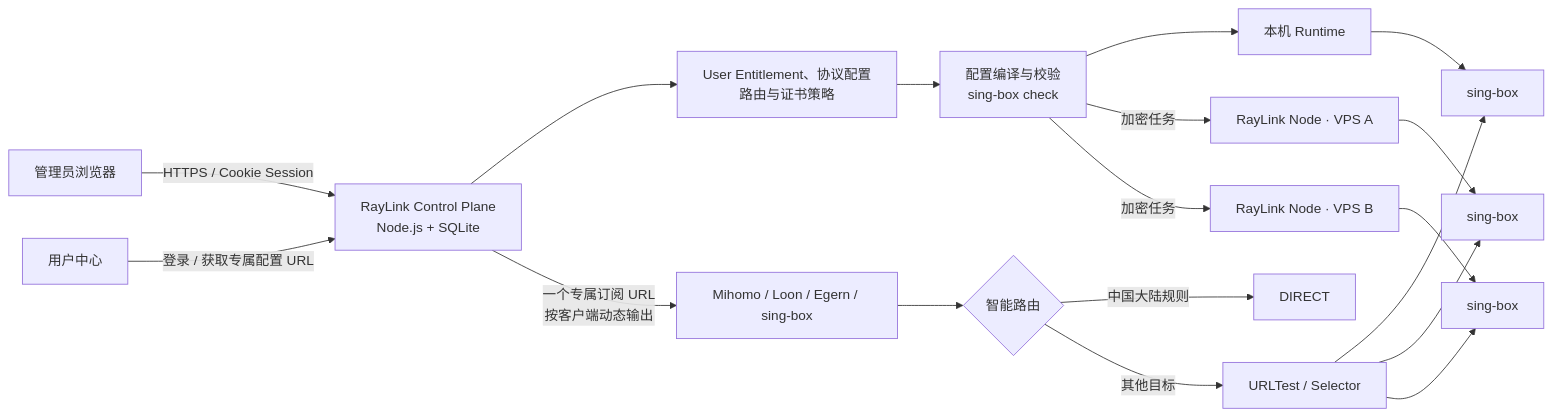
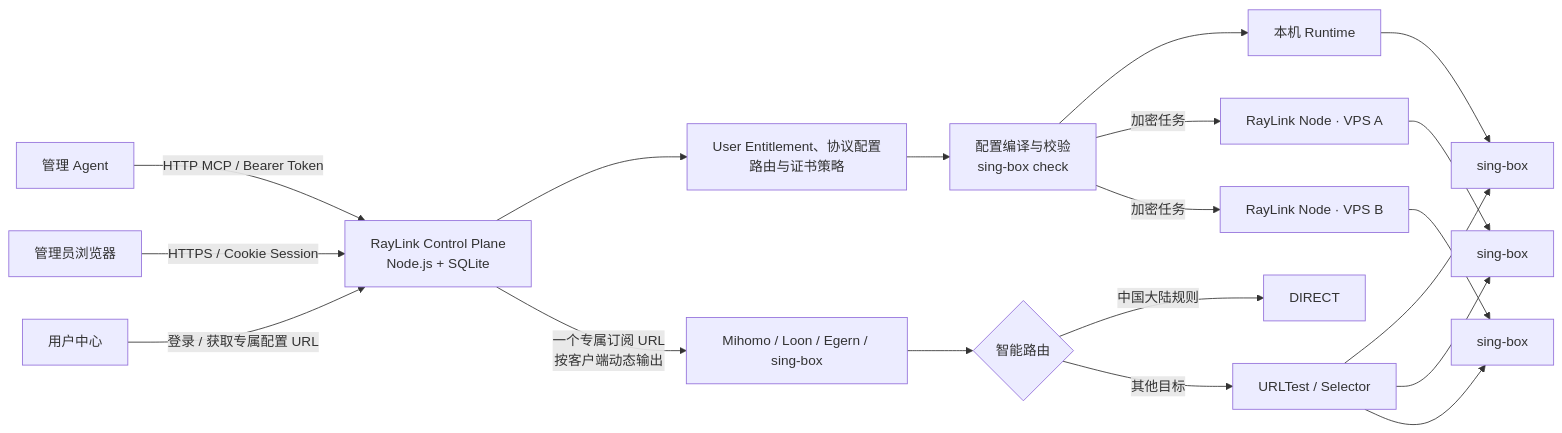
The first of 2 diagrams in README.md (ChengzeXiao/RayLink), drawn with Mermaid before and after one commit. The commit also changed other lines of this file and 31 other files, not shown here.

Commit message:
feat: add scoped HTTP MCP management with durable write retries

````diff
--- a/README.md
+++ b/README.md
@@ -50,22 +51,23 @@
 ```mermaid
 flowchart LR
+  Agent["管理 Agent"] -->|"HTTP MCP / Bearer Token"| Control
   Admin["管理员浏览器"] -->|"HTTPS / Cookie Session"| Control["RayLink Control Plane<br/>Node.js + SQLite"]
   Portal["用户中心"] -->|"登录 / 获取专属配置 URL"| Control
 
   Control --> Policy["User Entitlement、协议配置<br/>路由与证书策略"]
   Policy --> Compiler["配置编译与校验<br/>sing-box check"]
   Compiler --> Local["本机 Runtime"]
   Compiler -->|"加密任务"| NodeA["RayLink Node · VPS A"]
   Compiler -->|"加密任务"| NodeB["RayLink Node · VPS B"]
   Local --> SingA["sing-box"]
   NodeA --> SingB["sing-box"]
   NodeB --> SingC["sing-box"]
 
   Control -->|"一个专属订阅 URL<br/>按客户端动态输出"| Client["Mihomo / Loon / Egern / sing-box"]
   Client --> Route{"智能路由"}
   Route -->|"中国大陆规则"| Direct["DIRECT"]
   Route -->|"其他目标"| Auto["URLTest / Selector"]
   Auto --> SingA
   Auto --> SingB
   Auto --> SingC
 ```
````
